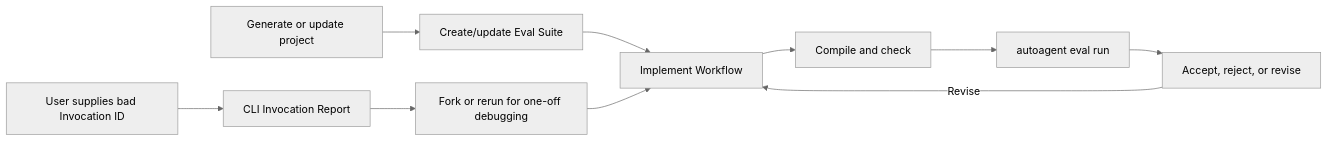
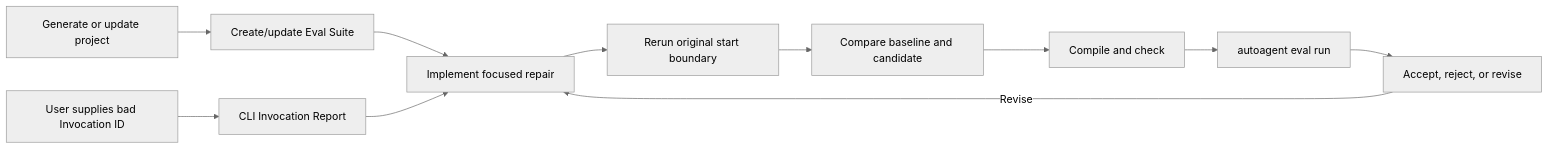
One commit to lilislight/AutoAgent changed the second of 2 diagrams in MVP.md. Above: the diagram before and after it, drawn with Mermaid (neutral theme). The commit also changed other lines of this file and 25 other files, not shown here.

````diff
--- a/MVP.md
+++ b/MVP.md
@@ -140,12 +145,13 @@
 ```mermaid
 flowchart LR
     CREATE["Generate or update project"] --> SUITE["Create/update Eval Suite"]
     SUITE --> EDIT["Implement Workflow"]
     INCIDENT["User supplies bad Invocation ID"] --> REPORT["CLI Invocation Report"]
-    REPORT --> DEBUG["Fork or rerun for one-off debugging"]
-    DEBUG --> EDIT
-    EDIT --> CHECK["Compile and check"]
+    REPORT --> EDIT["Implement focused repair"]
+    EDIT --> RERUN["Rerun original start boundary"]
+    RERUN --> COMPARE["Compare baseline and candidate"]
+    COMPARE --> CHECK["Compile and check"]
     CHECK --> EVAL["autoagent eval run"]
     EVAL --> DECISION["Accept, reject, or revise"]
     DECISION -->|"Revise"| EDIT
 ```
````
